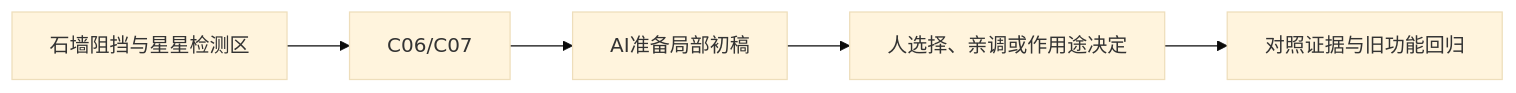
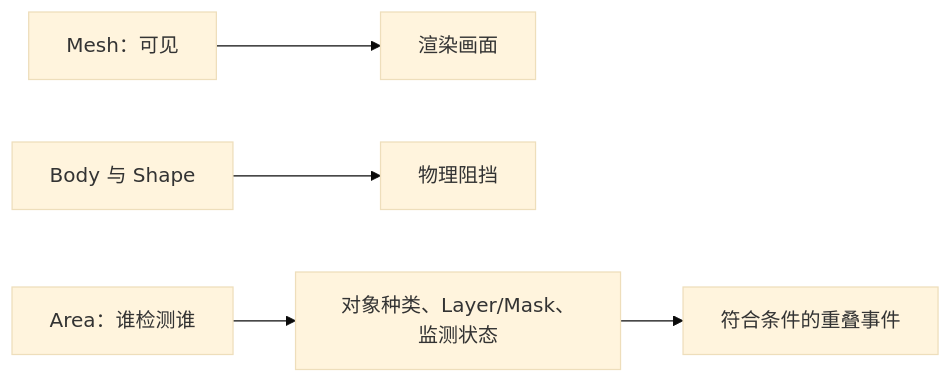
The diagram in curriculum/lessons/B04.md (Zilur/ai-3d-game-learning), drawn with Mermaid (base theme) before and after one commit. The commit also changed other lines of this file and 164 other files, not shown here.

Commit message:
docs: publish 47 step-by-step AI lesson flows, world upgrade and optional training corner

````diff
--- a/curriculum/lessons/B04.md
+++ b/curriculum/lessons/B04.md
@@ -38,7 +35,7 @@
 ```mermaid
 flowchart LR
-  S["石墙阻挡与星星检测区"] --> K["C06/C07"]
-  K --> AI["AI准备局部初稿"]
-  AI --> H["人选择、亲调或作用途决定"]
-  H --> V["对照证据与旧功能回归"]
+ V["Mesh：可见"] --> IMG["渲染画面"]
+ B["Body 与 Shape"] --> WALL["物理阻挡"]
+ A["Area：谁检测谁"] --> F["对象种类、Layer/Mask、监测状态"]
+ F --> EVENT["符合条件的重叠事件"]
 ```
````
